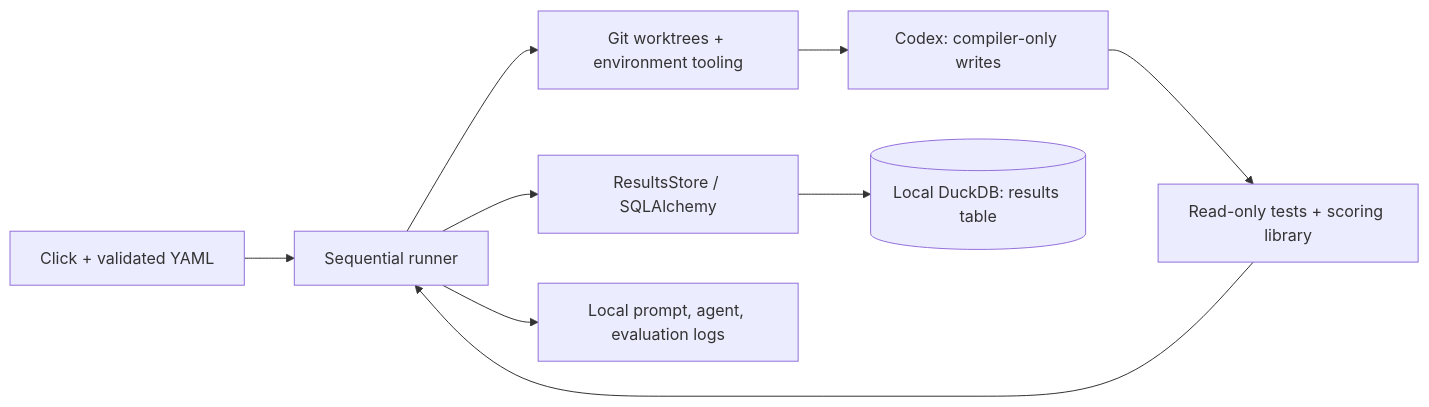
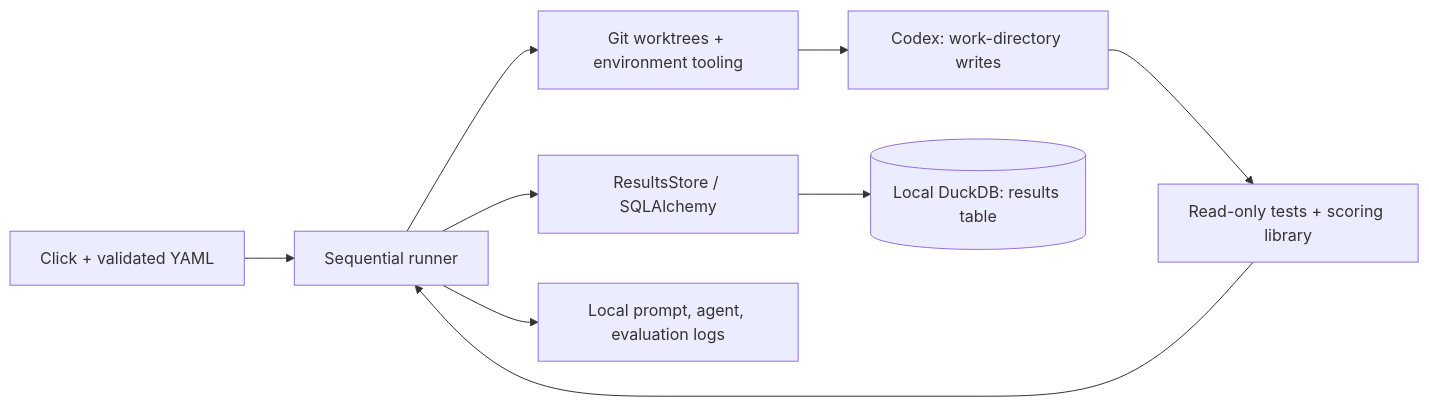
One commit to 4gatepylon/luminal-takehome-autoresearch changed the diagram in autoresearch/README.md. Above: the diagram before and after it, drawn with Mermaid. The commit also changed other lines of this file and 14 other files, not shown here.

Commit message:
Move compiler into writable work directory

````diff
--- a/autoresearch/README.md
+++ b/autoresearch/README.md
@@ -12,10 +12,10 @@
 ```mermaid
 flowchart LR
     C[Click + validated YAML] --> R[Sequential runner]
     R --> G[Git worktrees + environment tooling]
-    G --> A[Codex: compiler-only writes]
+    G --> A[Codex: work-directory writes]
     A --> E[Read-only tests + scoring library]
     E --> R
     R --> S[ResultsStore / SQLAlchemy] --> D[(Local DuckDB: results table)]
     R --> L[Local prompt, agent, evaluation logs]
 ```
````
